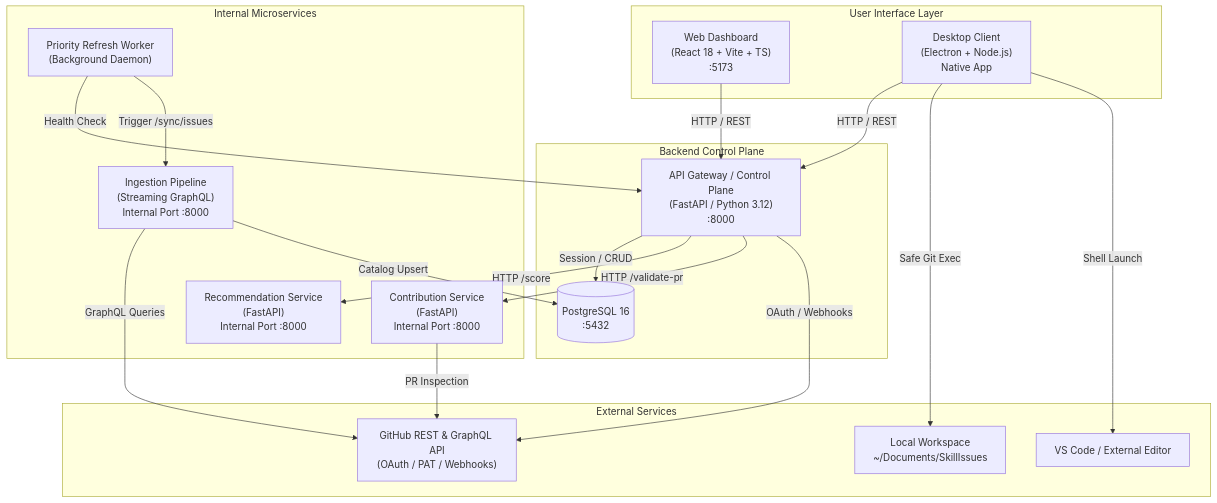
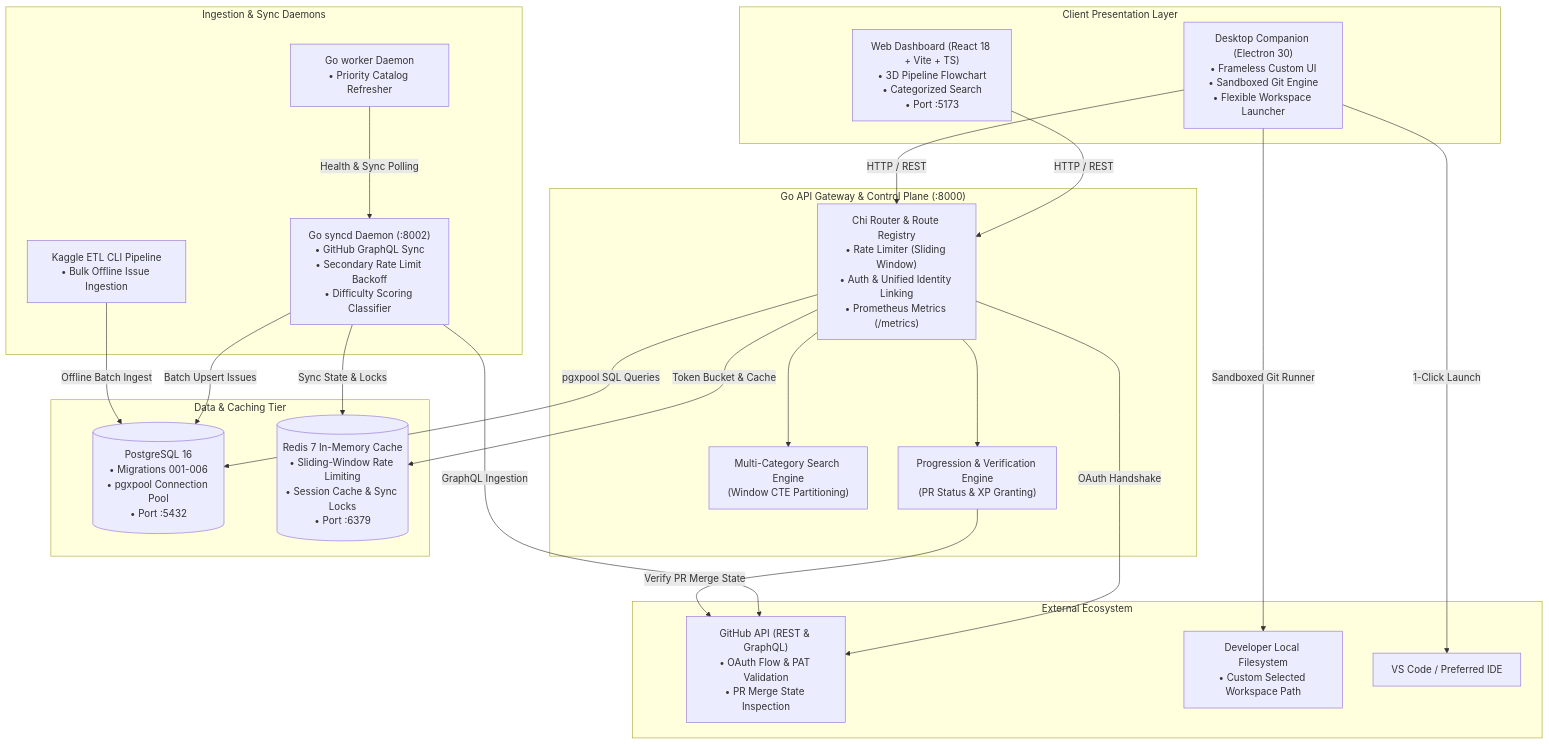
One commit to dizziedbliss/SkillIssues changed the first of 2 diagrams in ARCHITECTURE.md. Above: the diagram before and after it, drawn with Mermaid. The commit also changed other lines of this file and 1 other file, not shown here.

Commit message:
docs: overhaul ARCHITECTURE.md, CONTRIBUTING.md, and DEPLOYMENT.md for pure Go stack, Kubernetes, and developer workflows

````diff
--- a/ARCHITECTURE.md
+++ b/ARCHITECTURE.md
@@ -11,41 +11,49 @@
 ```mermaid
 flowchart TB
-    subgraph Clients["User Interface Layer"]
-        Web["Web Dashboard\n(React 18 + Vite + TS)\n:5173"]
-        Desktop["Desktop Client\n(Electron + Node.js)\nNative App"]
+    subgraph Clients["Client Presentation Layer"]
+        Web["Web Dashboard (React 18 + Vite + TS)\n• 3D Pipeline Flowchart\n• Categorized Search\n• Port :5173"]
+        Desktop["Desktop Companion (Electron 30)\n• Frameless Custom UI\n• Sandboxed Git Engine\n• Flexible Workspace Launcher"]
     end
 
-    subgraph ControlPlane["Backend Control Plane"]
-        API["API Gateway / Control Plane\n(FastAPI / Python 3.12)\n:8000"]
-        DB[(PostgreSQL 16\n:5432)]
+    subgraph Gateway["Go API Gateway & Control Plane (:8000)"]
+        Router["Chi Router & Route Registry\n• Rate Limiter (Sliding Window)\n• Auth & Unified Identity Linking\n• Prometheus Metrics (/metrics)"]
+        SearchEng["Multi-Category Search Engine\n(Window CTE Partitioning)"]
+        ProgEng["Progression & Verification Engine\n(PR Status & XP Granting)"]
     end
 
-    subgraph InternalServices["Internal Microservices"]
-        RecSvc["Recommendation Service\n(FastAPI)\nInternal Port :8000"]
-        ContribSvc["Contribution Service\n(FastAPI)\nInternal Port :8000"]
-        IngestSvc["Ingestion Pipeline\n(Streaming GraphQL)\nInternal Port :8000"]
-        Worker["Priority Refresh Worker\n(Background Daemon)"]
+    subgraph DataStore["Data & Caching Tier"]
+        DB[(PostgreSQL 16\n• Migrations 001-006\n• pgxpool Connection Pool\n• Port :5432)]
+        RedisCache[(Redis 7 In-Memory Cache\n• Sliding-Window Rate Limiting\n• Session Cache & Sync Locks\n• Port :6379)]
     end
 
-    subgraph External["External Services"]
-        GitHubAPI["GitHub REST & GraphQL API\n(OAuth / PAT / Webhooks)"]
-        LocalFS["Local Workspace\n~/Documents/SkillIssues"]
-        VSCode["VS Code / External Editor"]
+    subgraph IngestionTier["Ingestion & Sync Daemons"]
+        Syncd["Go syncd Daemon (:8002)\n• GitHub GraphQL Sync\n• Secondary Rate Limit Backoff\n• Difficulty Scoring Classifier"]
+        Worker["Go worker Daemon\n• Priority Catalog Refresher"]
+        Kaggle["Kaggle ETL CLI Pipeline\n• Bulk Offline Issue Ingestion"]
     end
 
-    Web -->|HTTP / REST| API
-    Desktop -->|HTTP / REST| API
-    Desktop -->|Safe Git Exec| LocalFS
-    Desktop -->|Shell Launch| VSCode
+    subgraph External["External Ecosystem"]
+        GitHubAPI["GitHub API (REST & GraphQL)\n• OAuth Flow & PAT Validation\n• PR Merge State Inspection"]
+        LocalFS["Developer Local Filesystem\n• Custom Selected Workspace Path"]
+        VSCode["VS Code / Preferred IDE"]
+    end
 
-    API -->|Session / CRUD| DB
-    API -->|HTTP /score| RecSvc
-    API -->|HTTP /validate-pr| ContribSvc
-    API -->|OAuth / Webhooks| GitHubAPI
+    Web -->|HTTP / REST| Router
+    Desktop -->|HTTP / REST| Router
+    Desktop -->|Sandboxed Git Runner| LocalFS
+    Desktop -->|1-Click Launch| VSCode
 
-    Worker -->|Health Check| API
-    Worker -->|Trigger /sync/issues| IngestSvc
-    IngestSvc -->|GraphQL Queries| GitHubAPI
-    IngestSvc -->|Catalog Upsert| DB
-    ContribSvc -->|PR Inspection| GitHubAPI
+    Router --> SearchEng
+    Router --> ProgEng
+    Router -->|pgxpool SQL Queries| DB
+    Router -->|Token Bucket & Cache| RedisCache
+    Router -->|OAuth Handshake| GitHubAPI
+
+    Syncd -->|GraphQL Ingestion| GitHubAPI
+    Syncd -->|Batch Upsert Issues| DB
+    Syncd -->|Sync State & Locks| RedisCache
+
+    Worker -->|Health & Sync Polling| Syncd
+    Kaggle -->|Offline Batch Ingest| DB
+    ProgEng -->|Verify PR Merge State| GitHubAPI
 ```
````
